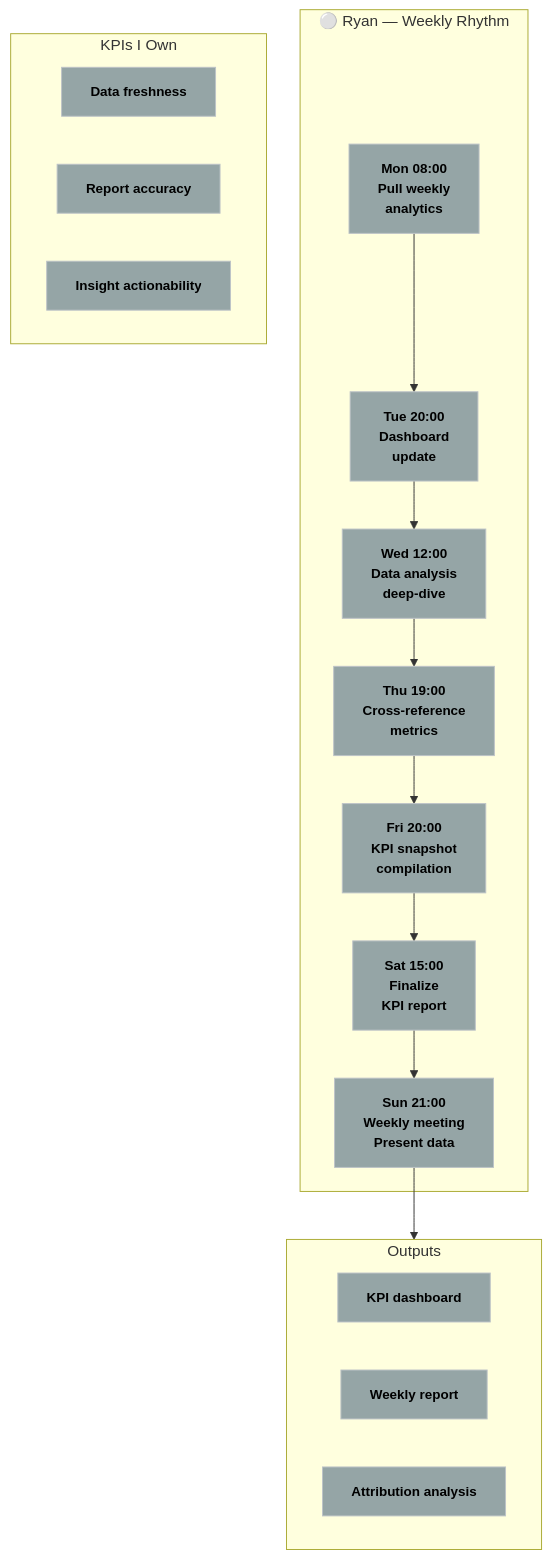
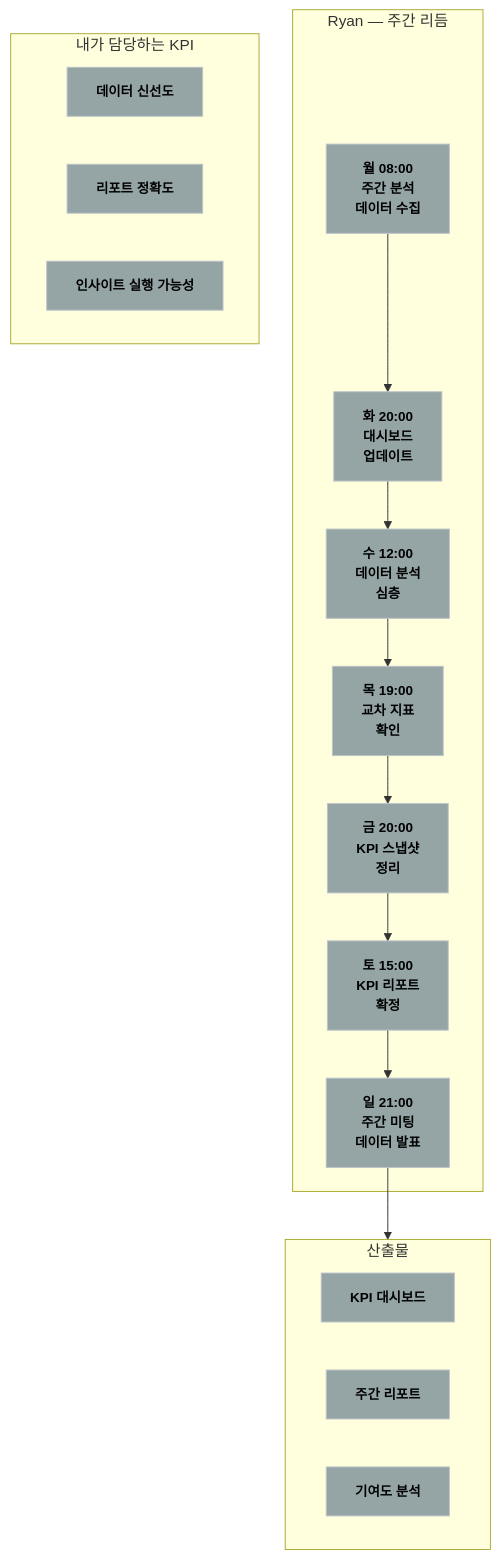
The diagram in products/hypeproof-workflow-diagrams/personal-ryan.mmd (JeHyeong2/hypeprooflab), drawn with Mermaid before and after one commit. The commit also changed 38 other files, not shown here.

First line of the commit message:
diagrams: convert all to Korean + font 18px + QA pass 19/19

```diff
--- a/products/hypeproof-workflow-diagrams/personal-ryan.mmd
+++ b/products/hypeproof-workflow-diagrams/personal-ryan.mmd
@@ -1,30 +1,30 @@
 flowchart TB
     classDef ryan fill:#95a5a6,stroke:#bdc3c7,color:#000,font-weight:bold,font-size:14px
     classDef dim fill:#30363d,stroke:#484f58,color:#8b949e
 
-    subgraph WEEK["⚪ Ryan — Weekly Rhythm"]
-        MON["Mon 08:00<br/>Pull weekly<br/>analytics"]
-        TUE["Tue 20:00<br/>Dashboard<br/>update"]
-        WED["Wed 12:00<br/>Data analysis<br/>deep-dive"]
-        THU["Thu 19:00<br/>Cross-reference<br/>metrics"]
-        FRI["Fri 20:00<br/>KPI snapshot<br/>compilation"]
-        SAT["Sat 15:00<br/>Finalize<br/>KPI report"]
-        SUN["Sun 21:00<br/>Weekly meeting<br/>Present data"]
+    subgraph WEEK["Ryan — 주간 리듬"]
+        MON["월 08:00<br/>주간 분석<br/>데이터 수집"]
+        TUE["화 20:00<br/>대시보드<br/>업데이트"]
+        WED["수 12:00<br/>데이터 분석<br/>심층"]
+        THU["목 19:00<br/>교차 지표<br/>확인"]
+        FRI["금 20:00<br/>KPI 스냅샷<br/>정리"]
+        SAT["토 15:00<br/>KPI 리포트<br/>확정"]
+        SUN["일 21:00<br/>주간 미팅<br/>데이터 발표"]
     end
 
-    subgraph OUT["Outputs"]
-        O1["KPI dashboard"]
-        O2["Weekly report"]
-        O3["Attribution analysis"]
+    subgraph OUT["산출물"]
+        O1["KPI 대시보드"]
+        O2["주간 리포트"]
+        O3["기여도 분석"]
     end
 
-    subgraph KPI["KPIs I Own"]
-        K1["Data freshness"]
-        K2["Report accuracy"]
-        K3["Insight actionability"]
+    subgraph KPI["내가 담당하는 KPI"]
+        K1["데이터 신선도"]
+        K2["리포트 정확도"]
+        K3["인사이트 실행 가능성"]
     end
 
     MON --> TUE --> WED --> THU --> FRI --> SAT --> SUN
     SUN --> OUT
 
     class MON,TUE,WED,THU,FRI,SAT,SUN,O1,O2,O3,K1,K2,K3 ryan
```
